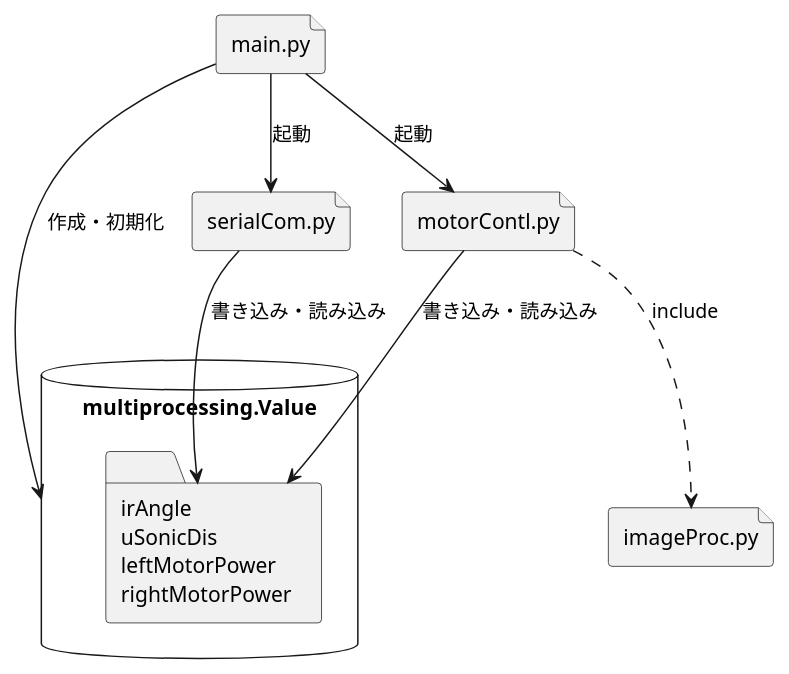
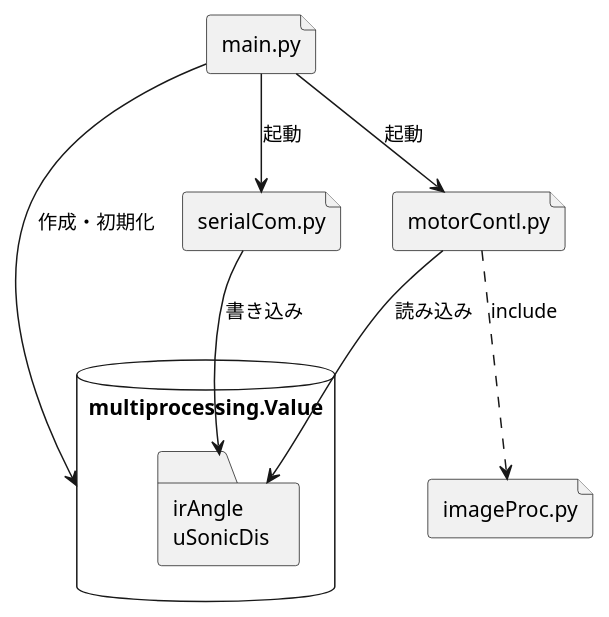
The diagram in FC-TRONTO_raspi.pu (FC-TRONTO/documents), drawn with PlantUML before and after one commit. The commit also changed 1 other file, not shown here.

```diff
--- a/FC-TRONTO_raspi.pu
+++ b/FC-TRONTO_raspi.pu
@@ -1,23 +1,21 @@
 @startuml FC-TRONTO_raspi
 
 file main.py
 file serialCom.py
 file imageProc.py
 file motorContl.py
 database multiprocessing.Value {
   folder shmem [
     irAngle
     uSonicDis
-    leftMotorPower
-    rightMotorPower
   ]
 }
 
 main.py --> serialCom.py : 起動
 main.py --> motorContl.py : 起動
 motorContl.py ..> imageProc.py : include
 main.py --> multiprocessing.Value : 作成・初期化
-serialCom.py --> shmem : 書き込み・読み込み
-motorContl.py --> shmem : 書き込み・読み込み
+serialCom.py --> shmem : 書き込み
+motorContl.py --> shmem : 読み込み
 
 @enduml
```
